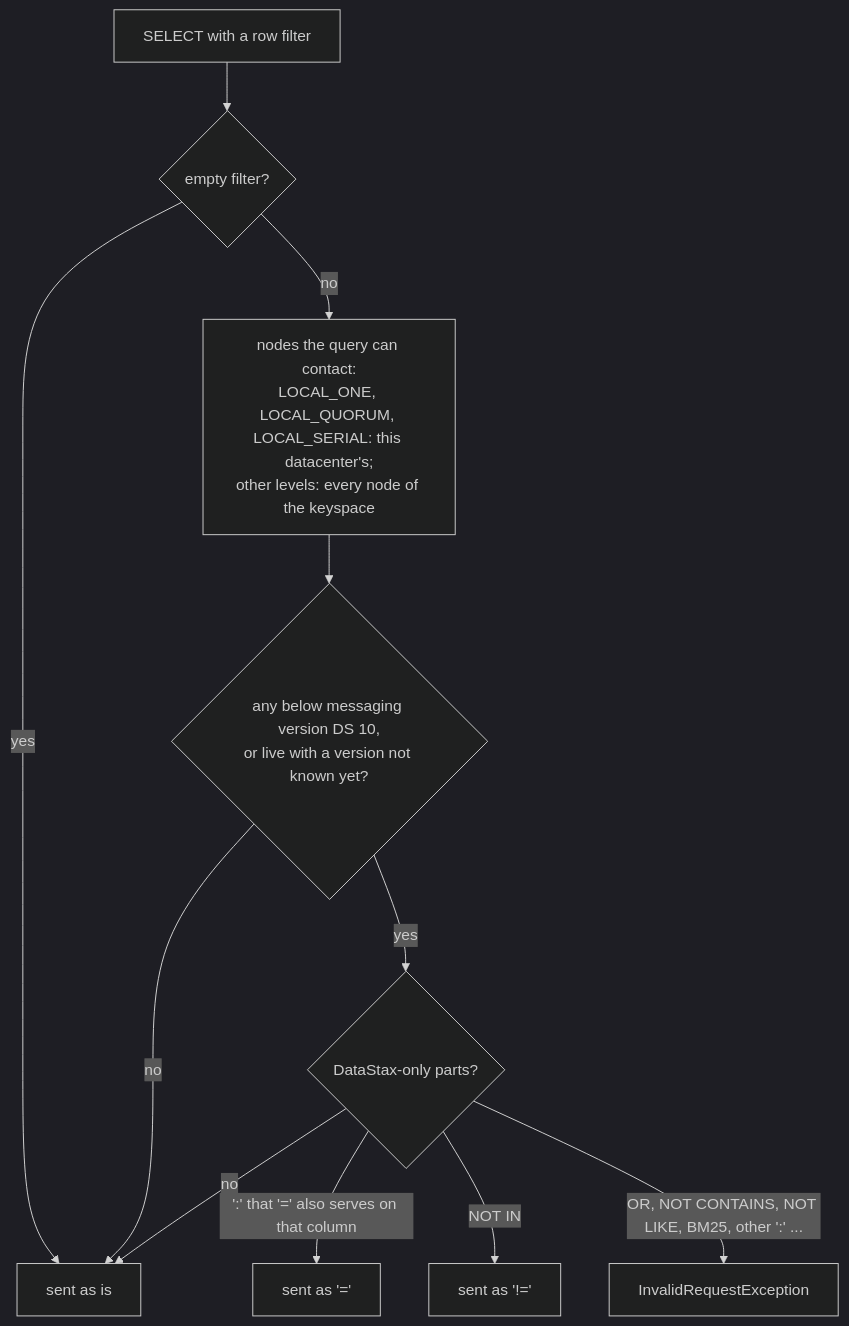
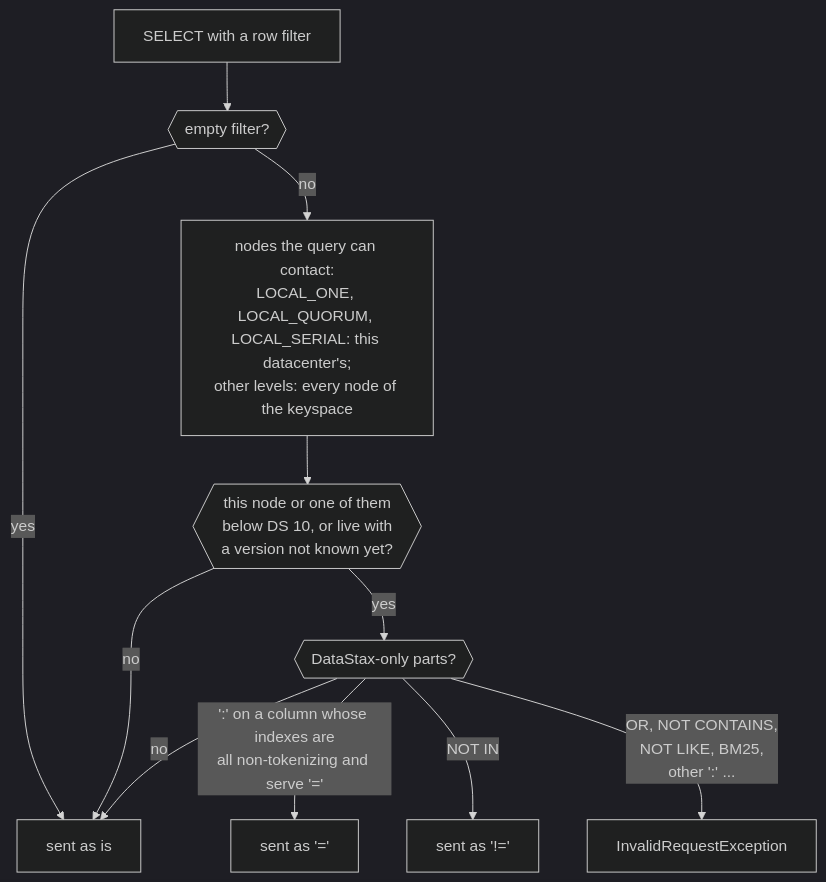
Before and after one commit to JeremiahDJordan/ai-review-guides: the second of 7 diagrams in sai-apache-ports/README.md, drawn with Mermaid (dark theme). The commit also changed other lines of this file and 6 other files, not shown here.

````diff
--- a/sai-apache-ports/README.md
+++ b/sai-apache-ports/README.md
@@ -98,13 +137,13 @@
 ```mermaid
 flowchart TD
-    Q["SELECT with a row filter"] --> E{"empty filter?"}
+    Q["SELECT with a row filter"] --> E{{"empty filter?"}}
     E -->|"yes"| S["sent as is"]
     E -->|"no"| R["nodes the query can contact:<br/>LOCAL_ONE, LOCAL_QUORUM, LOCAL_SERIAL: this datacenter's;<br/>other levels: every node of the keyspace"]
-    R --> V{"any below messaging version DS 10,<br/>or live with a version not known yet?"}
+    R --> V{{"this node or one of them<br/>below DS 10, or live with<br/>a version not known yet?"}}
     V -->|"no"| S
-    V -->|"yes"| F{"DataStax-only parts?"}
+    V -->|"yes"| F{{"DataStax-only parts?"}}
     F -->|"no"| S
-    F -->|"':' that '=' also serves on that column"| T["sent as '='"]
+    F -->|"':' on a column whose indexes are<br/>all non-tokenizing and serve '='"| T["sent as '='"]
     F -->|"NOT IN"| T2["sent as '!='"]
-    F -->|"OR, NOT CONTAINS, NOT LIKE, BM25, other ':' ..."| X["InvalidRequestException"]
+    F -->|"OR, NOT CONTAINS,<br/>NOT LIKE, BM25,<br/>other ':' ..."| X["InvalidRequestException"]
 ```
````
